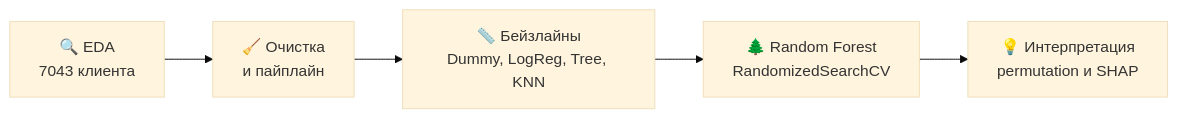
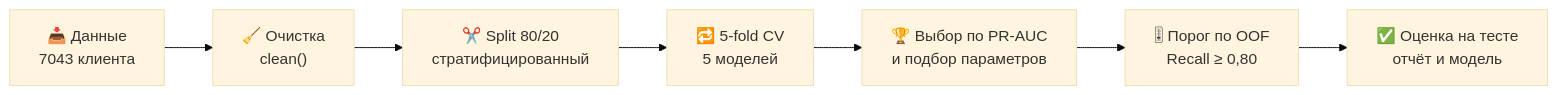
The diagram in ml/telco-churn-prediction/README.md (0lake/projects), drawn with Mermaid (base theme) before and after one commit. The commit also changed other lines of this file and 38 other files, not shown here.

````diff
--- a/ml/telco-churn-prediction/README.md
+++ b/ml/telco-churn-prediction/README.md
@@ -30,7 +117,9 @@
 ```mermaid
 flowchart LR
-    A["🔍 EDA<br/>7043 клиента"] --> B["🧹 Очистка<br/>и пайплайн"]
-    B --> C["📏 Бейзлайны<br/>Dummy, LogReg, Tree, KNN"]
-    C --> D["🌲 Random Forest<br/>RandomizedSearchCV"]
-    D --> E["💡 Интерпретация<br/>permutation и SHAP"]
+    A["📥 Данные<br/>7043 клиента"] --> B["🧹 Очистка<br/>clean()"]
+    B --> C["✂️ Split 80/20<br/>стратифицированный"]
+    C --> D["🔁 5-fold CV<br/>5 моделей"]
+    D --> E["🏆 Выбор по PR-AUC<br/>и подбор параметров"]
+    E --> F["🎚 Порог по OOF<br/>Recall ≥ 0,80"]
+    F --> G["✅ Оценка на тесте<br/>отчёт и модель"]
 ```
````
